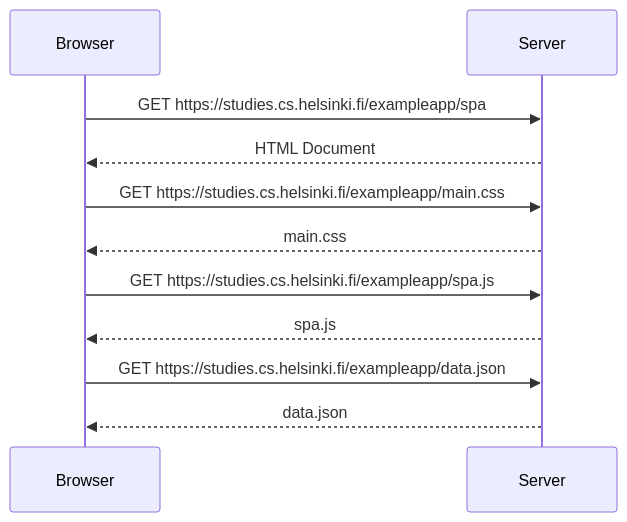
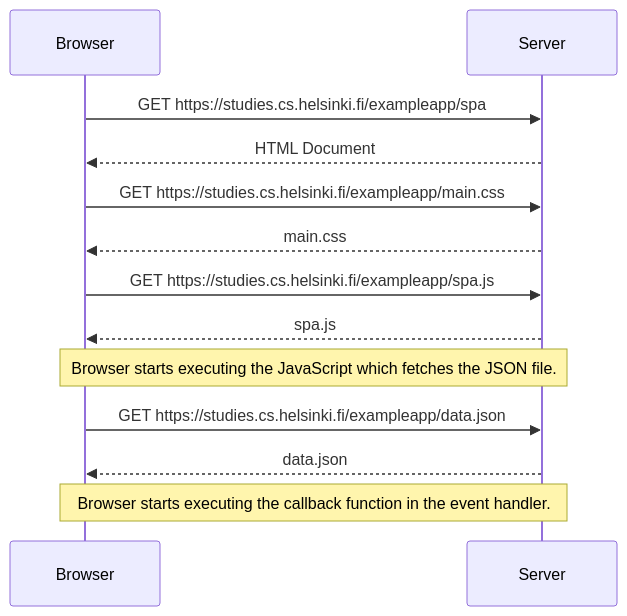
The diagram in Part 0/0.5 Single Page App Diagram.md (Taslakjian/Full-Stack-Open), drawn with Mermaid before and after one commit.

Commit message:
Added notes

````diff
--- a/Part 0/0.5 Single Page App Diagram.md
+++ b/Part 0/0.5 Single Page App Diagram.md
@@ -1,16 +1,20 @@
 ```mermaid 
 
     sequenceDiagram
         Browser->>Server: GET https://studies.cs.helsinki.fi/exampleapp/spa
         Server-->>Browser: HTML Document
 
         Browser->>Server: GET https://studies.cs.helsinki.fi/exampleapp/main.css
         Server-->>Browser: main.css
 
         Browser->>Server: GET https://studies.cs.helsinki.fi/exampleapp/spa.js
         Server-->>Browser: spa.js
 
+        Note over Browser, Server: Browser starts executing the JavaScript which fetches the JSON file.
+
         Browser->>Server: GET https://studies.cs.helsinki.fi/exampleapp/data.json
         Server-->>Browser: data.json
 
+        Note over Browser, Server: Browser starts executing the callback function in the event handler.
+        
 ```
````
